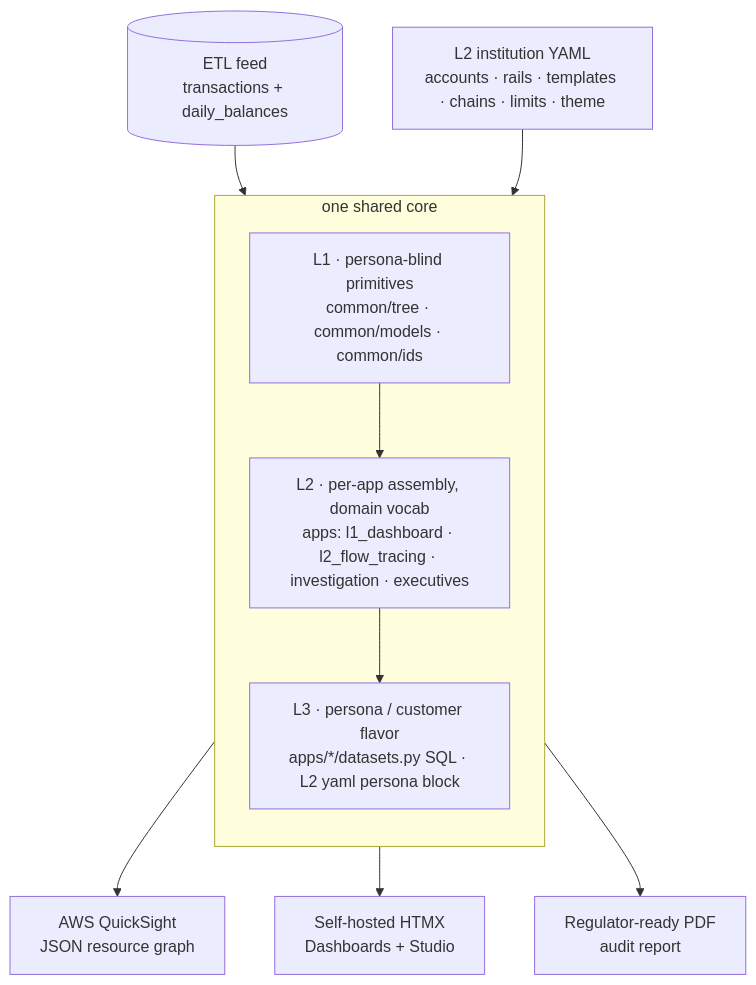
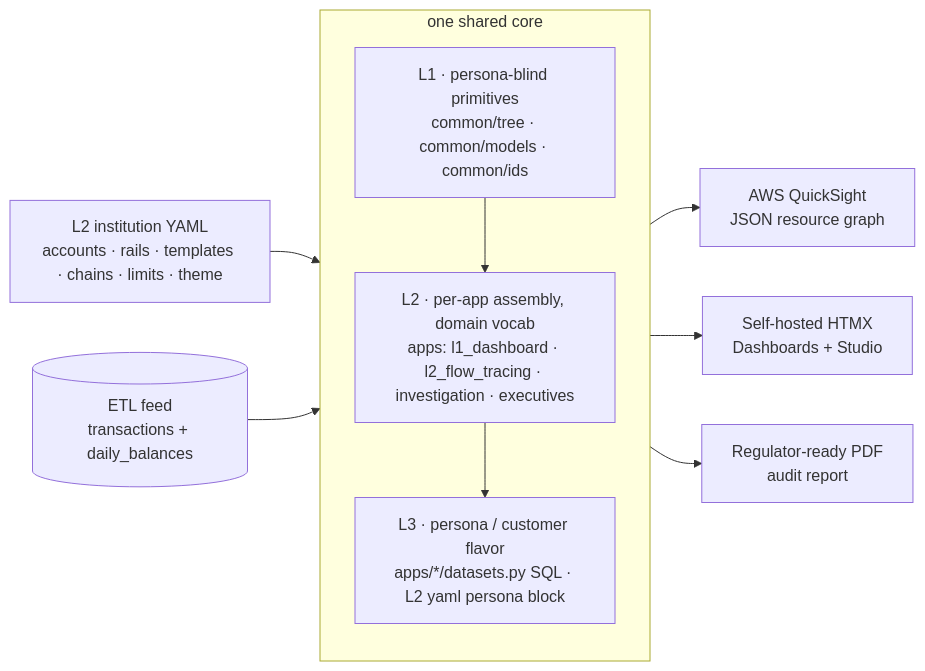
Before and after one commit to chotchki/recon-gen: the diagram in README.md, drawn with Mermaid.

Commit message:
README: architecture diagram TB->LR (fan renderers vertically, feed->core)
The TB layout chained the three renderers horizontally (read as QS->HTMX->PDF)
and bent FEED->L3 into a long back-edge. LR puts inputs left, core middle,
renderers fanning vertically right; FEED points at the core.

````diff
--- a/README.md
+++ b/README.md
@@ -376,19 +376,19 @@
 ```mermaid
-flowchart TB
+flowchart LR
     YAML["L2 institution YAML<br/>accounts · rails · templates · chains · limits · theme"]
     FEED[("ETL feed<br/>transactions + daily_balances")]
 
     subgraph core["one shared core"]
       direction TB
       L1["L1 · persona-blind primitives<br/>common/tree · common/models · common/ids"]
       L2["L2 · per-app assembly, domain vocab<br/>apps: l1_dashboard · l2_flow_tracing · investigation · executives"]
       L3["L3 · persona / customer flavor<br/>apps/*/datasets.py SQL · L2 yaml persona block"]
       L1 --> L2 --> L3
     end
 
     YAML --> core
-    FEED --> L3
+    FEED --> core
     core --> QS["AWS QuickSight<br/>JSON resource graph"]
     core --> HTMX["Self-hosted HTMX<br/>Dashboards + Studio"]
     core --> PDF["Regulator-ready PDF<br/>audit report"]
 ```
````
